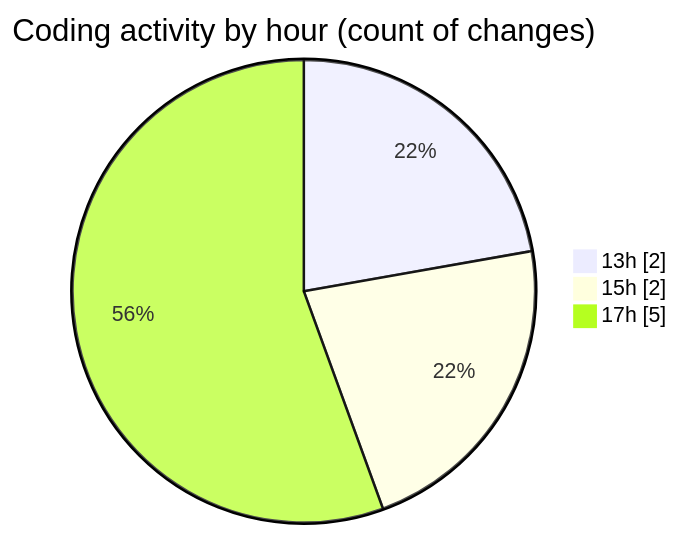
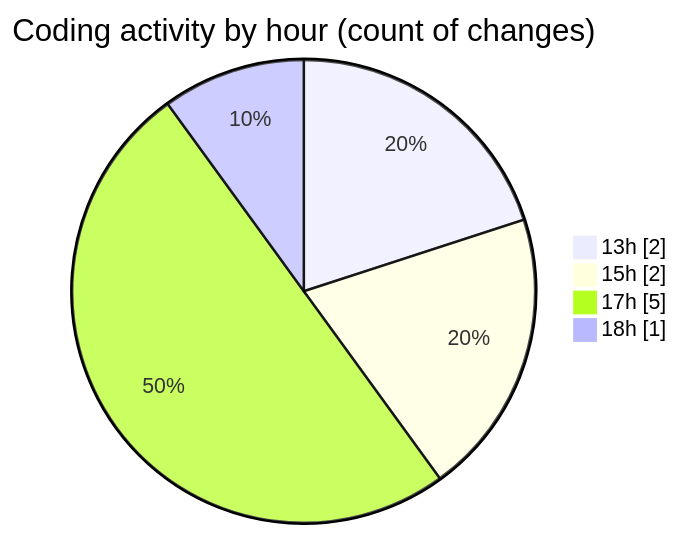
The second of 2 diagrams in 2025-06-23/archive/README.md (JenPaints/code-tracking), drawn with Mermaid before and after one commit. The commit also changed other lines of this file and 1 other file, not shown here.

````diff
--- a/2025-06-23/archive/README.md
+++ b/2025-06-23/archive/README.md
@@ -36,7 +36,8 @@
 ```mermaid
 pie showData
 title Coding activity by hour (count of changes)
 "13h" : 2
 "15h" : 2
 "17h" : 5
+"18h" : 1
 ```
````
